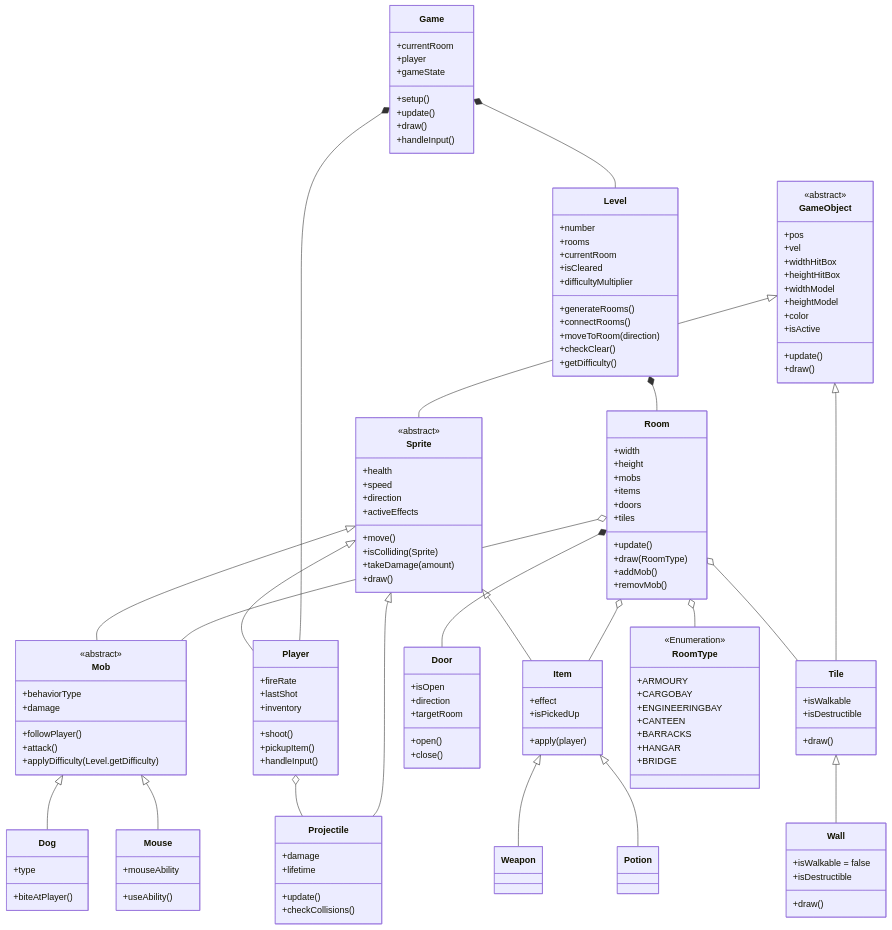
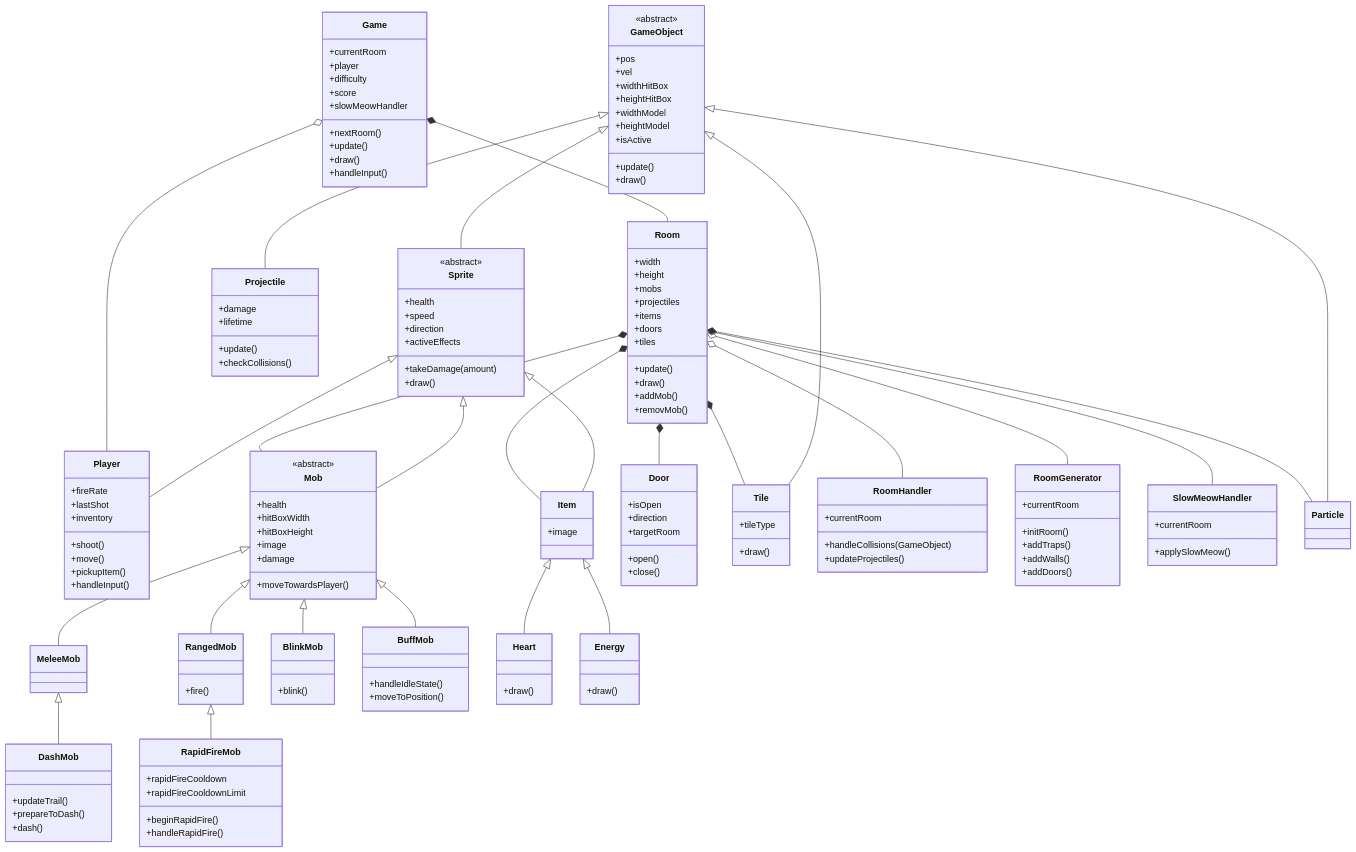
Before and after one commit to UoB-COMSM0166/2025-group-28: the diagram in projdocs/Design Artefacts/class-diagram/README.md, drawn with Mermaid. The commit also changed 1 other file, not shown here.

Commit message:
update uml

````diff
--- a/projdocs/Design Artefacts/class-diagram/README.md
+++ b/projdocs/Design Artefacts/class-diagram/README.md
@@ -4,8 +4,10 @@
     class Game {
         +currentRoom
         +player
-        +gameState
-        +setup()
+        +difficulty
+        +score
+        +slowMeowHandler
+        +nextRoom()
         +update()
         +draw()
         +handleInput()
@@ -19,7 +21,6 @@
         +heightHitBox
         +widthModel
         +heightModel
-        +color
         +isActive
         +update()
         +draw()
@@ -31,8 +32,6 @@
         +speed
         +direction
         +activeEffects
-        +move()
-        +isColliding(Sprite)
         +takeDamage(amount)
         +draw()
     }
@@ -42,33 +41,60 @@
         +lastShot
         +inventory
         +shoot()
+        +move()
         +pickupItem()
         +handleInput()
     }
 
     class Mob {
         <<abstract>>
-        +behaviorType
+        +health
+        +hitBoxWidth
+        +hitBoxHeight
+        +image
         +damage
-        +followPlayer()
-        +attack()
-        +applyDifficulty(Level.getDifficulty)
+        +moveTowardsPlayer()
     }
 
-    class Dog {
-        +type
-        +biteAtPlayer()
+    class MeleeMob {
     }
 
-    class Mouse {
-        +mouseAbility
-        +useAbility()
+    class RangedMob {
+        +fire()
+    }
+
+    class BlinkMob {
+        +blink()
+    }
+
+    class BuffMob {
+        +handleIdleState()
+        +moveToPosition()
+    }
+
+    class DashMob {
+        +updateTrail()
+        +prepareToDash()
+        +dash()
+    }
+
+    class RapidFireMob {
+        +rapidFireCooldown
+        +rapidFireCooldownLimit
+        +beginRapidFire()
+        +handleRapidFire()
     }
 
     class Item {
-        +effect
-        +isPickedUp
-        +apply(player)
+        +image
+    }
+
+    class Heart {
+        +draw()
+    }
+
+    class Energy {
+        +draw()
     }
 
     class Projectile {
@@ -82,11 +108,12 @@
         +width
         +height
         +mobs
+        +projectiles
         +items
         +doors
         +tiles
         +update()
-        +draw(RoomType)
+        +draw()
         +addMob()
         +removMob()
     }
@@ -100,71 +127,57 @@
     }
 
     class Tile {
-        +isWalkable
-        +isDestructible
-        +draw()
-    }
-
-    class Wall {
-        +isWalkable = false
-        +isDestructible
+        +tileType
         +draw()
     }
 
 
-
-    class Level {
-        +number
-        +rooms
+    class RoomHandler {
         +currentRoom
-        +isCleared
-        +difficultyMultiplier
-        +generateRooms()
-        +connectRooms()
-        +moveToRoom(direction)
-        +checkClear()
-        +getDifficulty()
+        +handleCollisions(GameObject)
+        +updateProjectiles()
     }
 
-    class RoomType {
-        <<Enumeration>>
-        +ARMOURY
-        +CARGOBAY
-        +ENGINEERINGBAY
-        +CANTEEN
-        +BARRACKS
-        +HANGAR
-        +BRIDGE
-
+    class RoomGenerator {
+        +currentRoom
+        +initRoom()
+        +addTraps()
+        +addWalls()
+        +addDoors()
     }
 
-    class Weapon {
-
+    class SlowMeowHandler {
+        +currentRoom
+        +applySlowMeow()
     }
 
-    class Potion {
-
-    }
-
-    Game *-- Level
-    Game *-- Player
-    Level *-- Room
+    Game o-- Player
+    Game *-- Room
     Room *-- Door
-    Room o-- Mob
-    Room o-- Item
-    GameObject <|-- Sprite
+    Room *-- Mob
+    Room *-- Item
+    Room *-- Tile
+    Room *-- Particle
+    Room o-- SlowMeowHandler
+    Room o-- RoomHandler
+    Room o-- RoomGenerator
     Sprite <|-- Player
     Sprite <|-- Mob
     Sprite <|-- Item
-    Sprite <|-- Projectile
-    Mob <|-- Dog
-    Mob <|-- Mouse
-    Player o-- Projectile
-    Room o-- RoomType
+    Mob <|-- MeleeMob
+    Mob <|-- RangedMob
+    Mob <|-- BlinkMob
+    Mob <|-- BuffMob
+    MeleeMob <|-- DashMob
+    RangedMob <|-- RapidFireMob
     GameObject <|-- Tile
-    Tile <|-- Wall
-    Room o-- Tile
-    Item <|-- Weapon
-    Item <|-- Potion
+    GameObject <|-- Sprite
+    GameObject <|-- Projectile
+    GameObject <|-- Particle
+    Item <|-- Heart
+    Item <|-- Energy
+  
+
+
 
 ```
````
